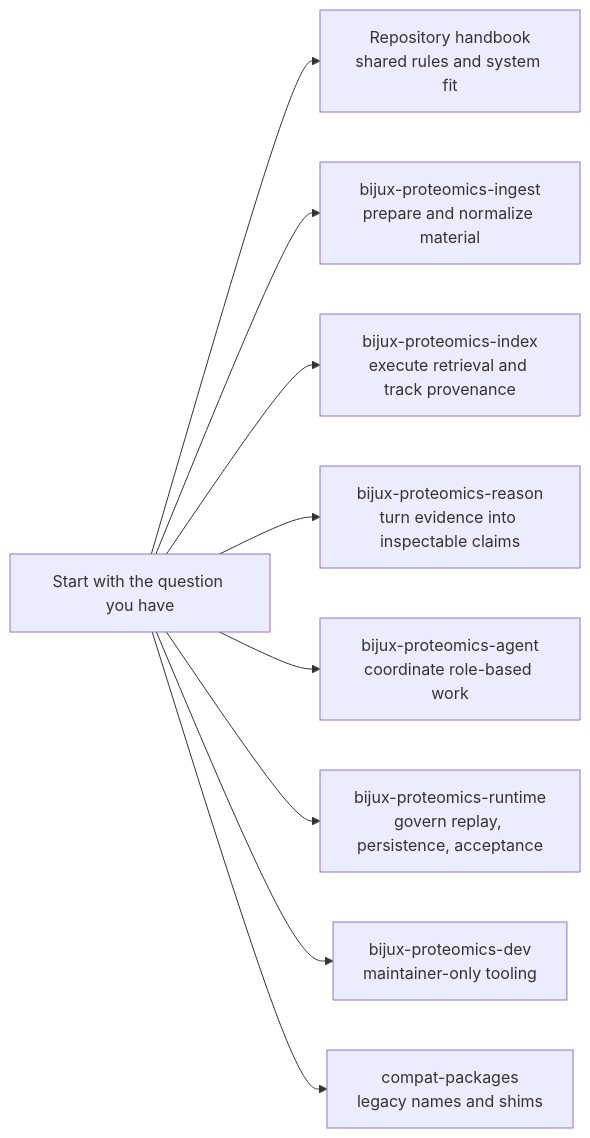
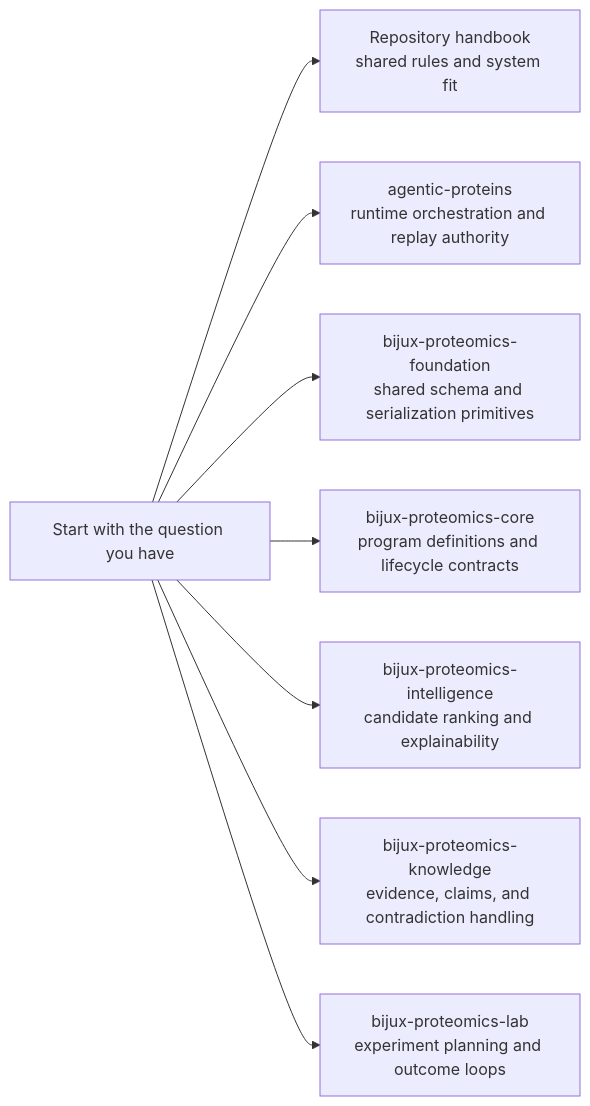
The diagram in docs/index.md (bijux/bijux-proteomics), drawn with Mermaid before and after one commit. The commit also changed other lines of this file and 3 other files, not shown here.

````diff
--- a/docs/index.md
+++ b/docs/index.md
@@ -21,21 +21,19 @@
 ```mermaid
 flowchart LR
     start["Start with the question you have"]
     repo["Repository handbook<br/>shared rules and system fit"]
-    ingest["bijux-proteomics-ingest<br/>prepare and normalize material"]
-    index["bijux-proteomics-index<br/>execute retrieval and track provenance"]
-    reason["bijux-proteomics-reason<br/>turn evidence into inspectable claims"]
-    agent["bijux-proteomics-agent<br/>coordinate role-based work"]
-    runtime["bijux-proteomics-runtime<br/>govern replay, persistence, acceptance"]
-    dev["bijux-proteomics-dev<br/>maintainer-only tooling"]
-    compat["compat-packages<br/>legacy names and shims"]
+    runtime["agentic-proteins<br/>runtime orchestration and replay authority"]
+    foundation["bijux-proteomics-foundation<br/>shared schema and serialization primitives"]
+    core["bijux-proteomics-core<br/>program definitions and lifecycle contracts"]
+    intelligence["bijux-proteomics-intelligence<br/>candidate ranking and explainability"]
+    knowledge["bijux-proteomics-knowledge<br/>evidence, claims, and contradiction handling"]
+    lab["bijux-proteomics-lab<br/>experiment planning and outcome loops"]
 
     start --> repo
-    start --> ingest
-    start --> index
-    start --> reason
-    start --> agent
     start --> runtime
-    start --> dev
-    start --> compat
+    start --> foundation
+    start --> core
+    start --> intelligence
+    start --> knowledge
+    start --> lab
 ```
````
